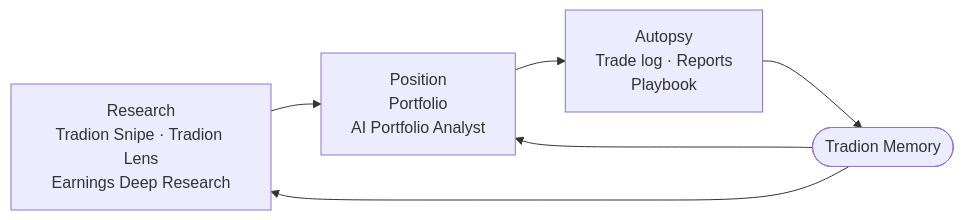
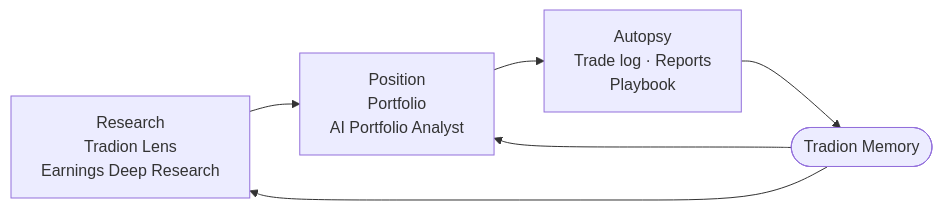
One commit to ishraq21/tradion-doc-site changed the diagram in concepts/the-loop.mdx. Above: the diagram before and after it, drawn with Mermaid. The commit also changed other lines of this file and 36 other files, not shown here.

Commit message:
Retire Tradion Snipe from the docs: remove its page, diagrams and screenshots, redirect the old URL to Tradion Lens

````diff
--- a/concepts/the-loop.mdx
+++ b/concepts/the-loop.mdx
@@ -9,8 +9,8 @@
 ```mermaid
 flowchart LR
-    A["Research<br/>Tradion Snipe · Tradion Lens<br/>Earnings Deep Research"] --> B["Position<br/>Portfolio<br/>AI Portfolio Analyst"]
+    A["Research<br/>Tradion Lens<br/>Earnings Deep Research"] --> B["Position<br/>Portfolio<br/>AI Portfolio Analyst"]
     B --> C["Autopsy<br/>Trade log · Reports<br/>Playbook"]
     C --> D(["Tradion Memory"])
     D --> A
     D --> B
 ```
````
